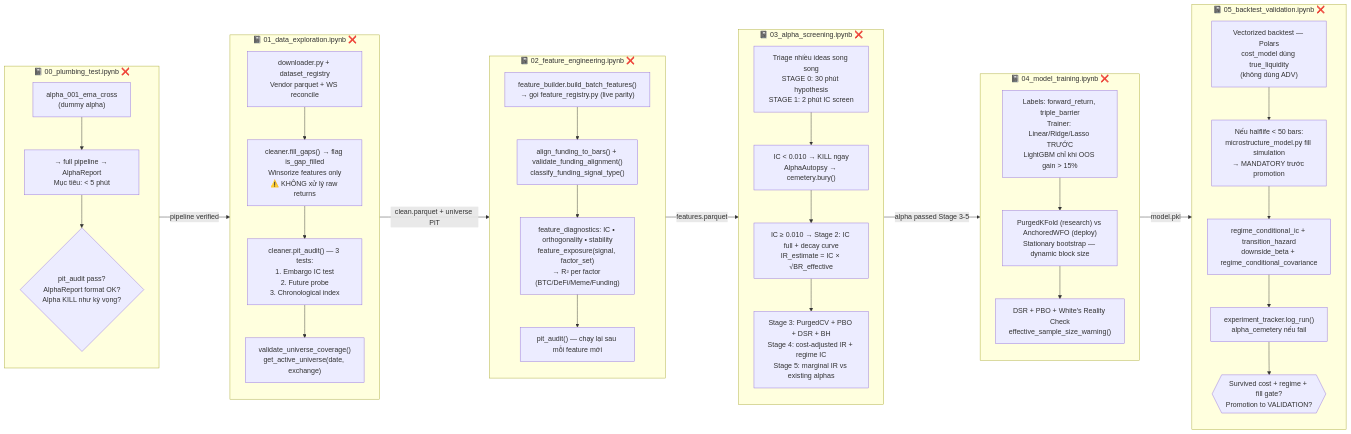
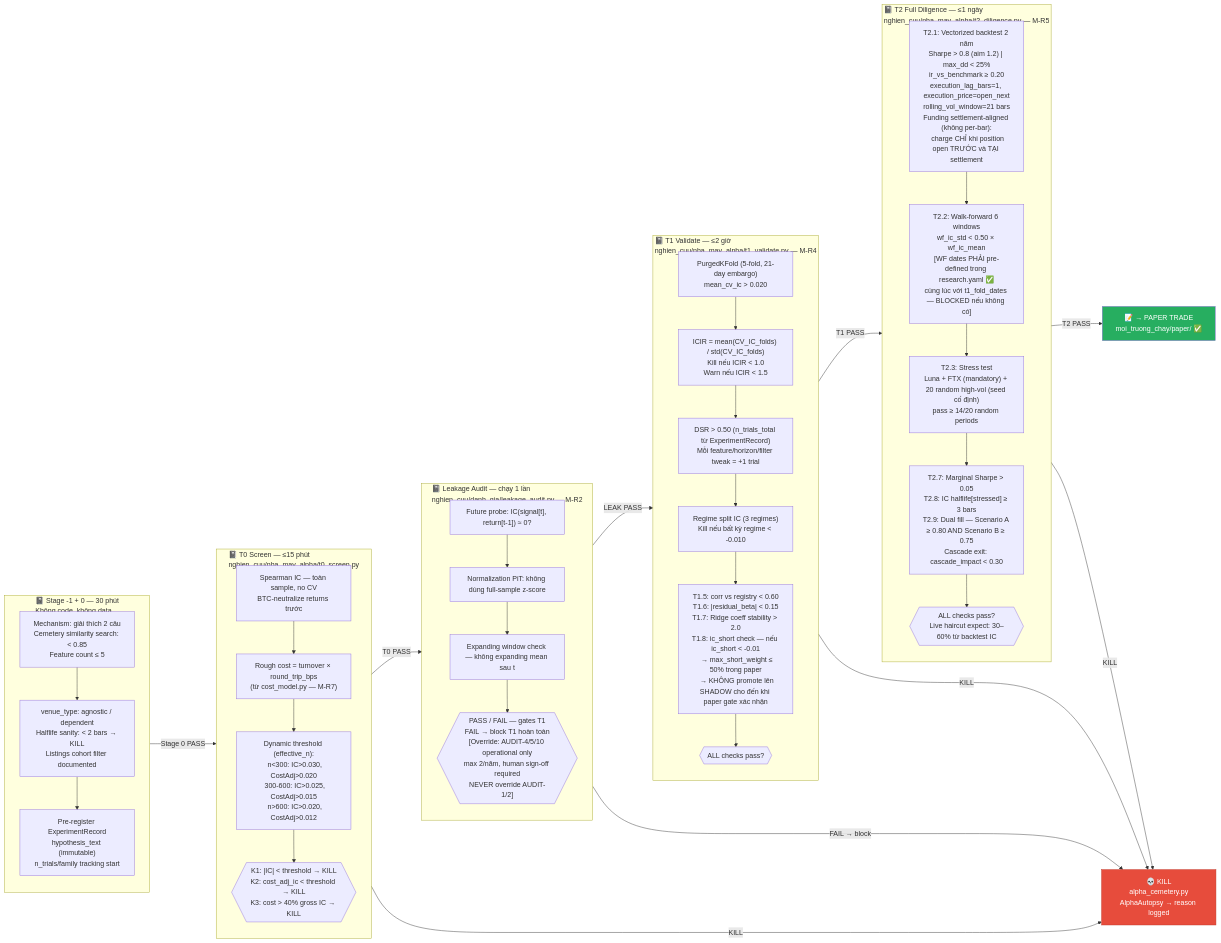
The second of 13 diagrams in data_flow_diagrams.md (VagabondKingsman/Kairos-v3), drawn with Mermaid before and after one commit. The commit also changed other lines of this file, not shown here.

````diff
--- a/data_flow_diagrams.md
+++ b/data_flow_diagrams.md
@@ -106,61 +115,65 @@
 ```mermaid
 flowchart LR
-    subgraph NB0["📓 00_plumbing_test.ipynb ❌"]
+    subgraph NB_STAGE0["📓 Stage -1 + 0 — 30 phút\nKhông code, không data"]
         direction TB
-        P1["alpha_001_ema_cross\n(dummy alpha)"]
-        P2["→ full pipeline → AlphaReport\nMục tiêu: < 5 phút"]
-        P3{"pit_audit pass?\nAlphaReport format OK?\nAlpha KILL như kỳ vọng?"}
-        P1 --> P2 --> P3
+        S0_1["Mechanism: giải thích 2 câu\nCemetery similarity search: < 0.85\nFeature count ≤ 5"]
+        S0_2["venue_type: agnostic / dependent\nHalflife sanity: < 2 bars → KILL\nListings cohort filter documented"]
+        S0_3["Pre-register ExperimentRecord\nhypothesis_text (immutable)\nn_trials/family tracking start"]
+        S0_1 --> S0_2 --> S0_3
     end
 
-    subgraph NB1["📓 01_data_exploration.ipynb ❌"]
+    subgraph NB_T0["📓 T0 Screen — ≤15 phút\nnghien_cuu/nha_may_alpha/t0_screen.py"]
         direction TB
-        N1A["downloader.py + dataset_registry\nVendor parquet + WS reconcile"]
-        N1B["cleaner.fill_gaps() → flag is_gap_filled\nWinsorize features only\n⚠️ KHÔNG xử lý raw returns"]
-        N1C["cleaner.pit_audit() — 3 tests:\n1. Embargo IC test\n2. Future probe\n3. Chronological index"]
-        N1D["validate_universe_coverage()\nget_active_universe(date, exchange)"]
-        N1A --> N1B --> N1C --> N1D
+        T0_1["Spearman IC — toàn sample, no CV\nBTC-neutralize returns trước"]
+        T0_2["Rough cost = turnover × round_trip_bps\n(từ cost_model.py — M-R7)"]
+        T0_3["Dynamic threshold (effective_n):\n  n<300: IC>0.030, CostAdj>0.020\n  300-600: IC>0.025, CostAdj>0.015\n  n>600: IC>0.020, CostAdj>0.012"]
+        T0_4{{"K1: |IC| < threshold → KILL\nK2: cost_adj_ic < threshold → KILL\nK3: cost > 40% gross IC → KILL"}}
+        T0_1 --> T0_2 --> T0_3 --> T0_4
     end
 
-    subgraph NB2["📓 02_feature_engineering.ipynb ❌"]
+    subgraph NB_LEAK["📓 Leakage Audit — chạy 1 lần\nnghien_cuu/danh_gia/leakage_audit.py — M-R2"]
         direction TB
-        N2A["feature_builder.build_batch_features()\n→ gọi feature_registry.py (live parity)"]
-        N2B["align_funding_to_bars() + validate_funding_alignment()\nclassify_funding_signal_type()"]
-        N2C["feature_diagnostics: IC • orthogonality • stability\nfeature_exposure(signal, factor_set)\n→ R² per factor (BTC/DeFi/Meme/Funding)"]
-        N2D["pit_audit() — chạy lại sau mỗi feature mới"]
-        N2A --> N2B --> N2C --> N2D
+        L1["Future probe: IC(signal[t], return[t-1]) ≈ 0?"]
+        L2["Normalization PiT: không dùng full-sample z-score"]
+        L3["Expanding window check — không expanding mean sau t"]
+        L4{{"PASS / FAIL — gates T1\nFAIL → block T1 hoàn toàn\n[Override: AUDIT-4/5/10 operational only\nmax 2/năm, human sign-off required\nNEVER override AUDIT-1/2]"}}
+        L1 --> L2 --> L3 --> L4
     end
 
-    subgraph NB3["📓 03_alpha_screening.ipynb ❌"]
+    subgraph NB_T1["📓 T1 Validate — ≤2 giờ\nnghien_cuu/nha_may_alpha/t1_validate.py — M-R4"]
         direction TB
-        N3A["Triage nhiều ideas song song\nSTAGE 0: 30 phút hypothesis\nSTAGE 1: 2 phút IC screen"]
-        N3B["IC < 0.010 → KILL ngay\nAlphaAutopsy → cemetery.bury()"]
-        N3C["IC ≥ 0.010 → Stage 2: IC full + decay curve\nIR_estimate = IC × √BR_effective"]
-        N3D["Stage 3: PurgedCV + PBO + DSR + BH\nStage 4: cost-adjusted IR + regime IC\nStage 5: marginal IR vs existing alphas"]
-        N3A --> N3B --> N3C --> N3D
+        T1_1["PurgedKFold (5-fold, 21-day embargo)\nmean_cv_ic > 0.020"]
+        T1_1b["ICIR = mean(CV_IC_folds) / std(CV_IC_folds)\nKill nếu ICIR < 1.0\nWarn nếu ICIR < 1.5"]
+        T1_2["DSR > 0.50 (n_trials_total từ ExperimentRecord)\nMỗi feature/horizon/filter tweak = +1 trial"]
+        T1_3["Regime split IC (3 regimes)\nKill nếu bất kỳ regime < -0.010"]
+        T1_4["T1.5: corr vs registry < 0.60\nT1.6: |residual_beta| < 0.15\nT1.7: Ridge coeff stability > 2.0\nT1.8: ic_short check — nếu ic_short < -0.01\n  → max_short_weight ≤ 50% trong paper\n  → KHÔNG promote lên SHADOW cho đến khi paper gate xác nhận"]
+        T1_5{{"ALL checks pass?"}}
+        T1_1 --> T1_1b --> T1_2 --> T1_3 --> T1_4 --> T1_5
     end
 
-    subgraph NB4["📓 04_model_training.ipynb ❌"]
+    subgraph NB_T2["📓 T2 Full Diligence — ≤1 ngày\nnghien_cuu/nha_may_alpha/t2_diligence.py — M-R5"]
         direction TB
-        N4A["Labels: forward_return, triple_barrier\nTrainer: Linear/Ridge/Lasso TRƯỚC\nLightGBM chỉ khi OOS gain > 15%"]
-        N4B["PurgedKFold (research) vs AnchoredWFO (deploy)\nStationary bootstrap — dynamic block size"]
-        N4C["DSR + PBO + White's Reality Check\neffective_sample_size_warning()"]
-        N4A --> N4B --> N4C
+        T2_1["T2.1: Vectorized backtest 2 năm\nSharpe > 0.8 (aim 1.2) | max_dd < 25%\nir_vs_benchmark ≥ 0.20\nexecution_lag_bars=1, execution_price=open_next\nrolling_vol_window=21 bars\nFunding settlement-aligned (không per-bar):\n  charge CHỈ khi position open TRƯỚC và TẠI settlement"]
+        T2_2["T2.2: Walk-forward 6 windows\nwf_ic_std < 0.50 × wf_ic_mean\n[WF dates PHẢI pre-defined trong research.yaml ✅\ncùng lúc với t1_fold_dates — BLOCKED nếu không có]"]
+        T2_3["T2.3: Stress test\nLuna + FTX (mandatory) + 20 random high-vol (seed cố định)\npass ≥ 14/20 random periods"]
+        T2_4["T2.7: Marginal Sharpe > 0.05\nT2.8: IC halflife[stressed] ≥ 3 bars\nT2.9: Dual fill — Scenario A ≥ 0.80 AND Scenario B ≥ 0.75\nCascade exit: cascade_impact < 0.30"]
+        T2_5{{"ALL checks pass?\nLive haircut expect: 30–60% từ backtest IC"}}
+        T2_1 --> T2_2 --> T2_3 --> T2_4 --> T2_5
     end
 
-    subgraph NB5["📓 05_backtest_validation.ipynb ❌"]
-        direction TB
-        N5A["Vectorized backtest — Polars\ncost_model dùng true_liquidity\n(không dùng ADV)"]
-        N5B["Nếu halflife < 50 bars:\nmicrostructure_model.py fill simulation\n→ MANDATORY trước promotion"]
-        N5C["regime_conditional_ic + transition_hazard\ndownside_beta + regime_conditional_covariance"]
-        N5D["experiment_tracker.log_run()\nalpha_cemetery nếu fail"]
-        N5E{{"Survived cost + regime + fill gate?\nPromotion to VALIDATION?"}}
-        N5A --> N5B --> N5C --> N5D --> N5E
-    end
+    KILL["💀 KILL\nalpha_cemetery.py\nAlphaAutopsy → reason logged"]
+    PAPER_GO["📝 → PAPER TRADE\nmoi_truong_chay/paper/ ✅"]
 
-    NB0 -->|"pipeline verified"| NB1
-    NB1 -->|"clean.parquet + universe PiT"| NB2
-    NB2 -->|"features.parquet"| NB3
-    NB3 -->|"alpha passed Stage 3-5"| NB4
-    NB4 -->|"model.pkl"| NB5
+    NB_STAGE0 -->|"Stage 0 PASS"| NB_T0
+    NB_T0 -->|"T0 PASS"| NB_LEAK
+    NB_T0 -->|"KILL"| KILL
+    NB_LEAK -->|"LEAK PASS"| NB_T1
+    NB_LEAK -->|"FAIL → block"| KILL
+    NB_T1 -->|"T1 PASS"| NB_T2
+    NB_T1 -->|"KILL"| KILL
+    NB_T2 -->|"T2 PASS"| PAPER_GO
+    NB_T2 -->|"KILL"| KILL
+
+    style KILL fill:#e74c3c,stroke:#c0392b,color:#fff
+    style PAPER_GO fill:#27ae60,color:#fff
 ```
````
